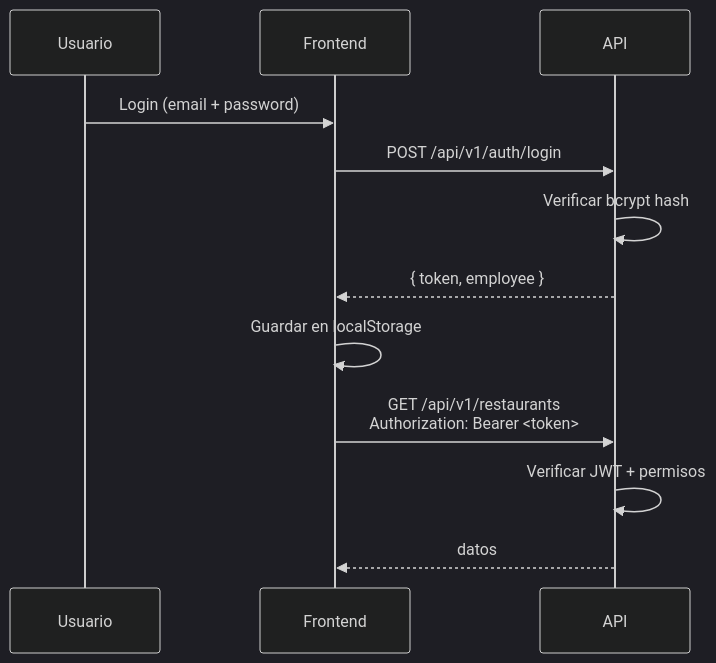
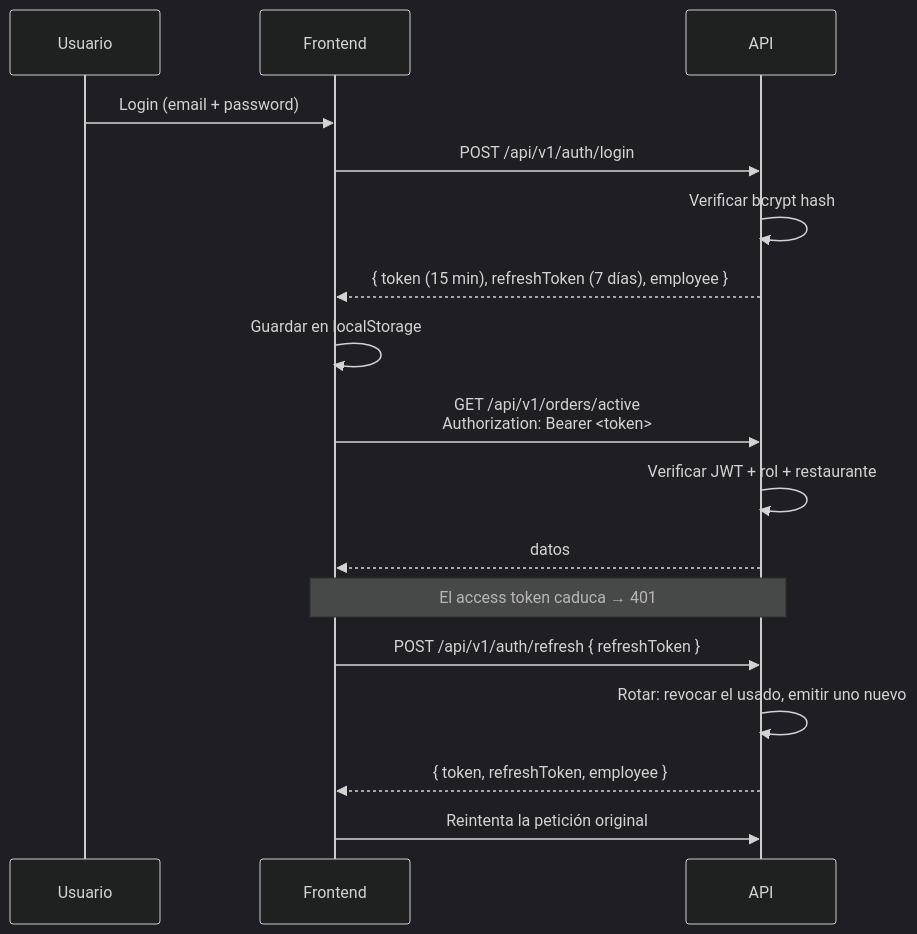
The third of 4 diagrams in docs/arquitectura/arquitectura-general.md (Manuroyce24/curso-claude-ed6), drawn with Mermaid (dark theme) before and after one commit. The commit also changed other lines of this file and 4 other files, not shown here.

````diff
--- a/docs/arquitectura/arquitectura-general.md
+++ b/docs/arquitectura/arquitectura-general.md
@@ -135,15 +135,20 @@
 ```mermaid
 sequenceDiagram
     participant U as Usuario
     participant F as Frontend
     participant A as API
 
     U->>F: Login (email + password)
     F->>A: POST /api/v1/auth/login
     A->>A: Verificar bcrypt hash
-    A-->>F: { token, employee }
+    A-->>F: { token (15 min), refreshToken (7 días), employee }
     F->>F: Guardar en localStorage
-    F->>A: GET /api/v1/restaurants<br/>Authorization: Bearer <token>
-    A->>A: Verificar JWT + permisos
+    F->>A: GET /api/v1/orders/active<br/>Authorization: Bearer <token>
+    A->>A: Verificar JWT + rol + restaurante
     A-->>F: datos
+    Note over F,A: El access token caduca → 401
+    F->>A: POST /api/v1/auth/refresh { refreshToken }
+    A->>A: Rotar: revocar el usado, emitir uno nuevo
+    A-->>F: { token, refreshToken, employee }
+    F->>A: Reintenta la petición original
 ```
````
